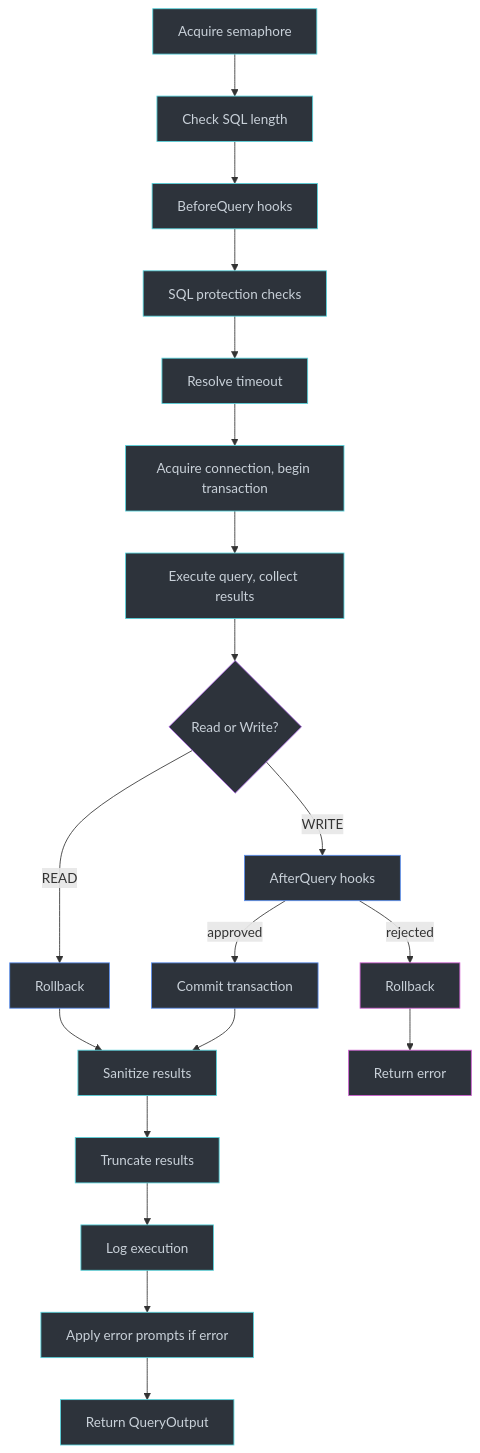
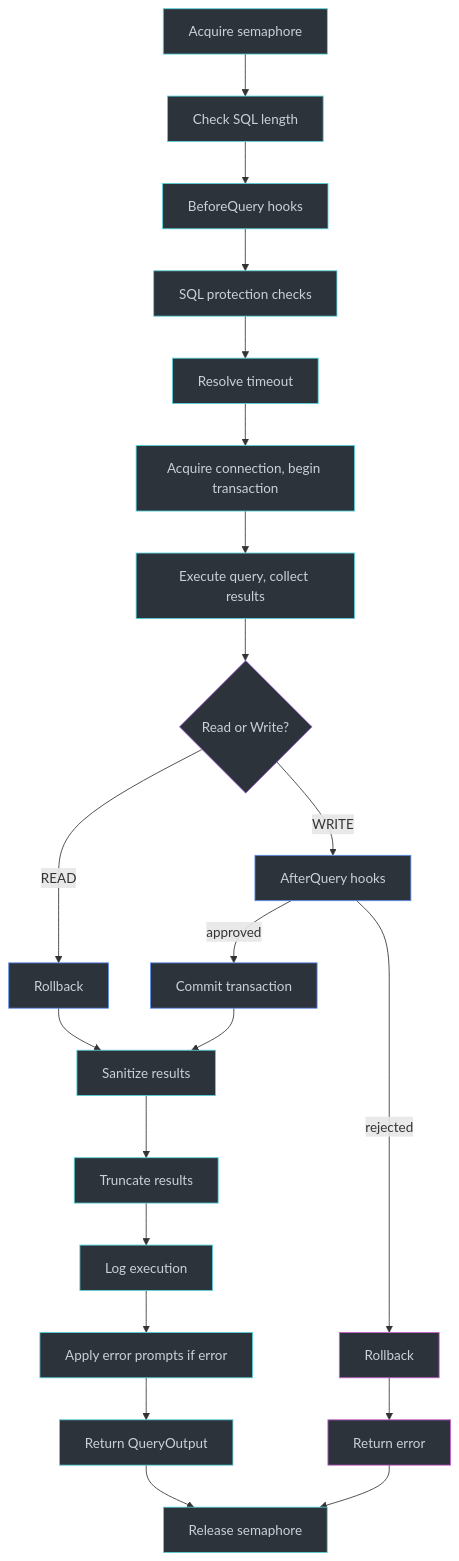
One commit to rickchristie/postgres-mcp changed the diagram in README.md. Above: the diagram before and after it, drawn with Mermaid.

Commit message:
Add "Release semaphore" step to query pipeline diagram

````diff
--- a/README.md
+++ b/README.md
@@ -757,43 +757,47 @@
 ```mermaid
 flowchart TD
     A[Acquire semaphore] --> B[Check SQL length]
     B --> C[BeforeQuery hooks]
     C --> D[SQL protection checks]
     D --> E[Resolve timeout]
     E --> F[Acquire connection, begin transaction]
     F --> G[Execute query, collect results]
     G --> H{Read or Write?}
 
     H -- READ --> I[Rollback]
     H -- WRITE --> J[AfterQuery hooks]
     J -- approved --> K[Commit transaction]
     J -- rejected --> L[Rollback]
 
     I --> M[Sanitize results]
     K --> M
     L --> N[Return error]
 
     M --> O[Truncate results]
     O --> P[Log execution]
     P --> Q[Apply error prompts if error]
     Q --> R[Return QueryOutput]
 
+    N --> S[Release semaphore]
+    R --> S
+
     style A fill:#2d333b,stroke:#56d4dd,color:#c9d1d9
     style B fill:#2d333b,stroke:#56d4dd,color:#c9d1d9
     style C fill:#2d333b,stroke:#56d4dd,color:#c9d1d9
     style D fill:#2d333b,stroke:#56d4dd,color:#c9d1d9
     style E fill:#2d333b,stroke:#56d4dd,color:#c9d1d9
     style F fill:#2d333b,stroke:#56d4dd,color:#c9d1d9
     style G fill:#2d333b,stroke:#56d4dd,color:#c9d1d9
     style H fill:#2d333b,stroke:#b06ce6,color:#c9d1d9
     style I fill:#2d333b,stroke:#5b8fef,color:#c9d1d9
     style J fill:#2d333b,stroke:#5b8fef,color:#c9d1d9
     style K fill:#2d333b,stroke:#5b8fef,color:#c9d1d9
     style L fill:#2d333b,stroke:#d160d4,color:#c9d1d9
     style M fill:#2d333b,stroke:#56d4dd,color:#c9d1d9
     style N fill:#2d333b,stroke:#d160d4,color:#c9d1d9
     style O fill:#2d333b,stroke:#56d4dd,color:#c9d1d9
     style P fill:#2d333b,stroke:#56d4dd,color:#c9d1d9
     style Q fill:#2d333b,stroke:#56d4dd,color:#c9d1d9
     style R fill:#2d333b,stroke:#56d4dd,color:#c9d1d9
+    style S fill:#2d333b,stroke:#56d4dd,color:#c9d1d9
 ```
````
